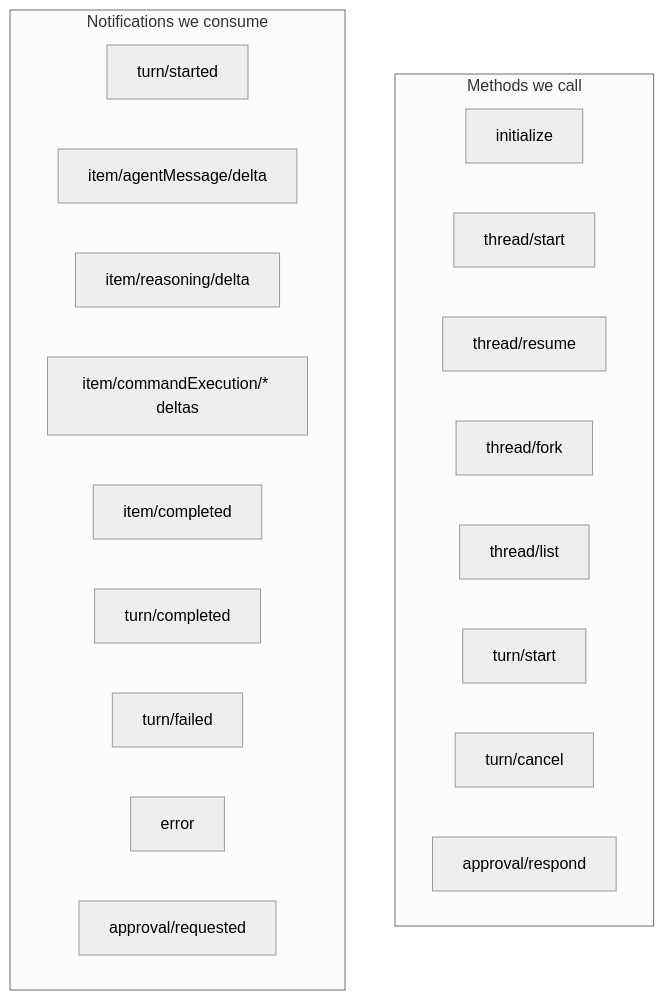
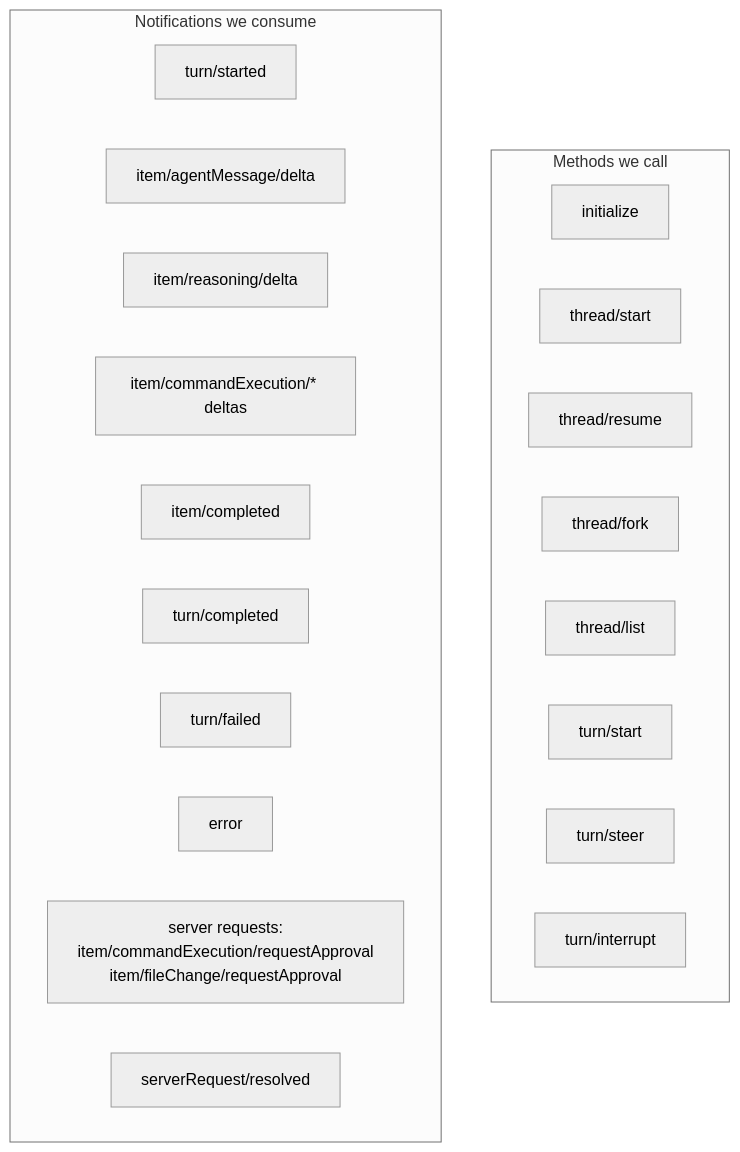
Before and after one commit to Alyxion/yikes: the third of 4 diagrams in docs/backends/codex.md, drawn with Mermaid (neutral theme). The commit also changed other lines of this file and 9 other files, not shown here.

````diff
--- a/docs/backends/codex.md
+++ b/docs/backends/codex.md
@@ -65,24 +67,25 @@
 ```mermaid
 flowchart TB
     subgraph req[Methods we call]
         init["initialize"]
         ts["thread/start"]
         tr["thread/resume"]
         tf2["thread/fork"]
         tl["thread/list"]
         turn["turn/start"]
-        cancel["turn/cancel"]
-        approve["approval/respond"]
+        steer["turn/steer"]
+        interrupt["turn/interrupt"]
     end
     subgraph notif[Notifications we consume]
         ns["turn/started"]
         nd1["item/agentMessage/delta"]
         nd2["item/reasoning/delta"]
         nd3["item/commandExecution/* deltas"]
         nc["item/completed"]
         nt["turn/completed"]
         nf["turn/failed"]
         ne["error"]
-        napprove["approval/requested"]
+        sreq["server requests:<br/>item/commandExecution/requestApproval<br/>item/fileChange/requestApproval"]
+        sres["serverRequest/resolved"]
     end
 ```
````
